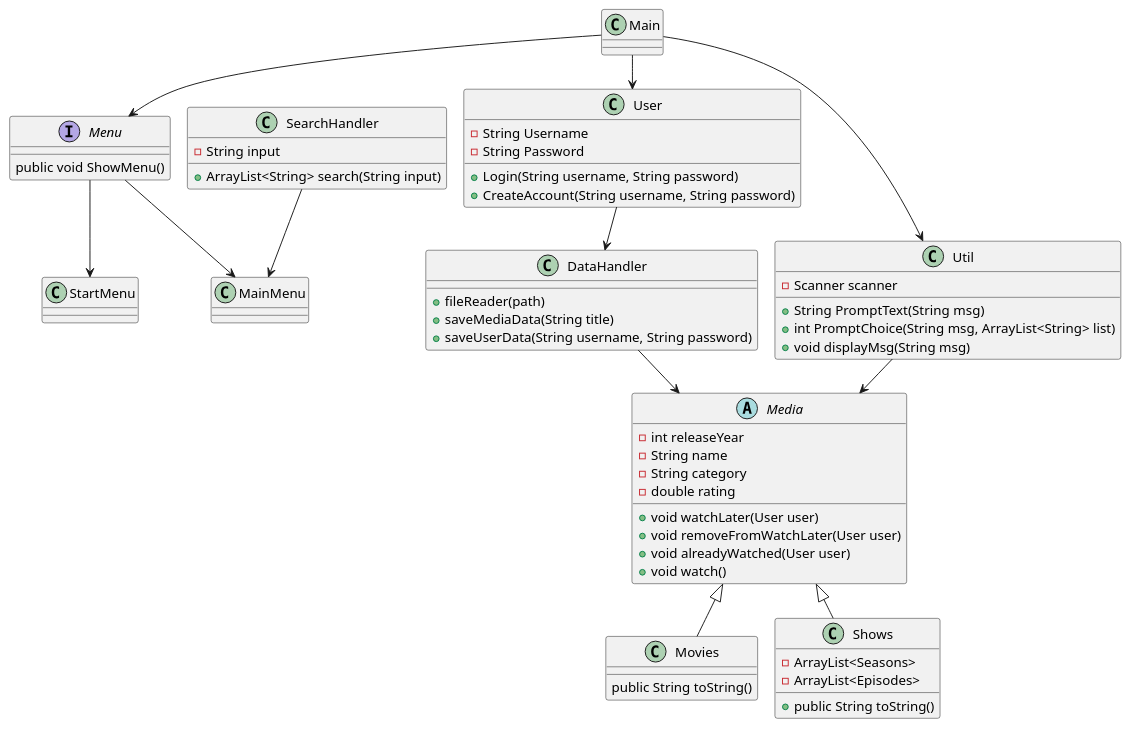
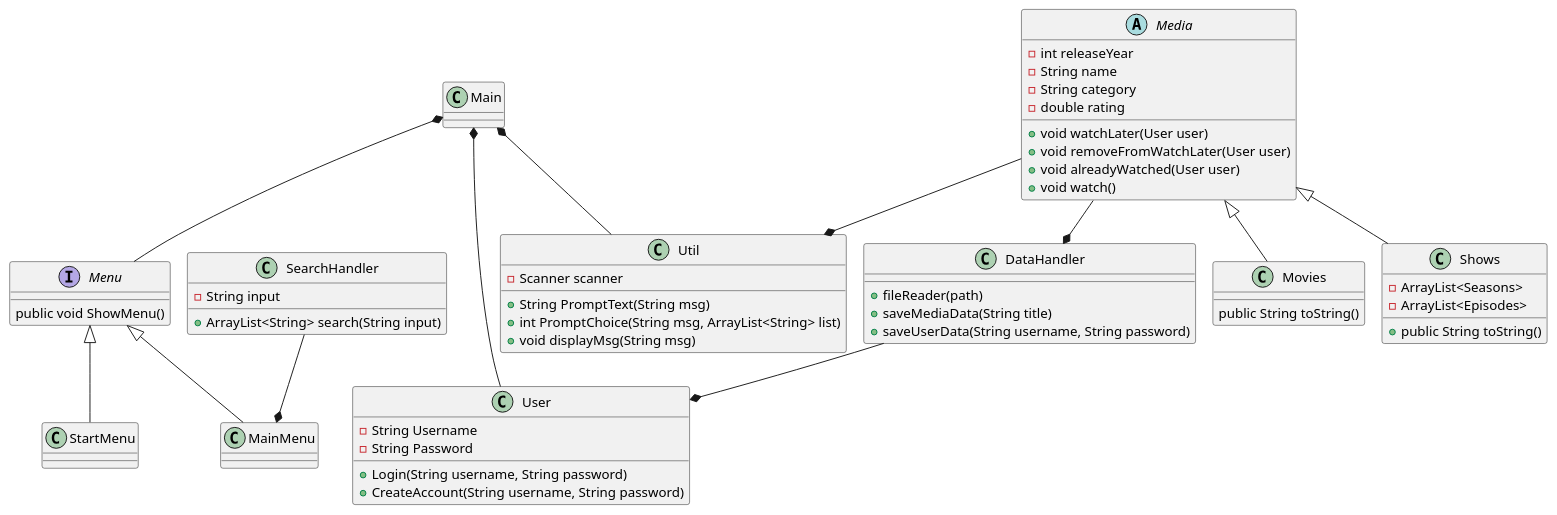
The diagram in Docs/ClassDiagram.puml (ValdemarLarsen02/SP3GruppeD), drawn with PlantUML before and after one commit.

```diff
--- a/Docs/ClassDiagram.puml
+++ b/Docs/ClassDiagram.puml
@@ -1,76 +1,77 @@
 @startuml
 !pragma layout smetana
 
 Class Main{
 }
 
 Interface Menu{
 public void ShowMenu()
 }
 
 Class StartMenu{
 }
 
 Class MainMenu{
 }
 
 Class User{
 - String Username
 - String Password
 + Login(String username, String password)
 + CreateAccount(String username, String password)
 }
 
 Class SearchHandler {
 - String input
 + ArrayList<String> search(String input)
 }
 
 Class DataHandler{
 + fileReader(path)
 + saveMediaData(String title)
 + saveUserData(String username, String password)
 }
 
 Abstract Media{
 - int releaseYear
 - String name
 - String category
 - double rating
 + void watchLater(User user)
 + void removeFromWatchLater(User user)
 + void alreadyWatched(User user)
 + void watch()
 }
 
 Class Util{
 - Scanner scanner
 + String PromptText(String msg)
 + int PromptChoice(String msg, ArrayList<String> list)
 + void displayMsg(String msg)
 }
 
 Class Movies{
 public String toString()
 }
 
 Class Shows{
 - ArrayList<Seasons>
 - ArrayList<Episodes>
 + public String toString()
 }
 
-Main --> Menu
-Menu --> StartMenu
-Main --> Util
-Main --> User
-Menu --> MainMenu
-Util --> Media
+SearchHandler --* MainMenu
+Main *-- Menu
+Menu <|-- StartMenu
+Main *-- Util
+Main *-- User
+Menu <|-- MainMenu
+Media --* Util
 Media <|-- Shows
 Media <|-- Movies
-User --> DataHandler
-DataHandler --> Media
-SearchHandler --> MainMenu
+DataHandler --* User
+Media --* DataHandler
+
 
 
 @enduml
```
